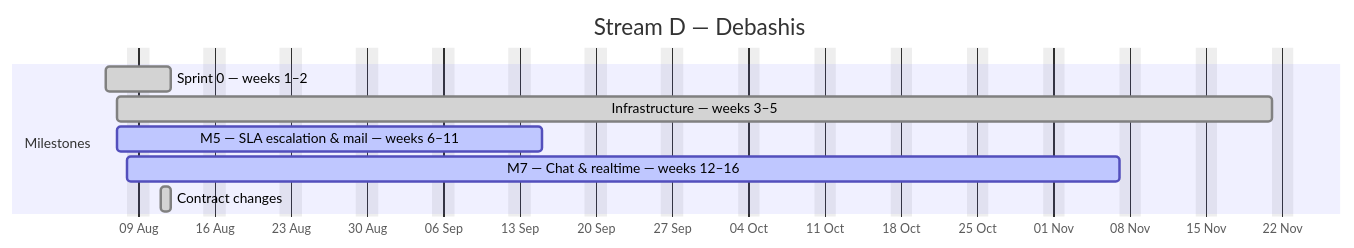
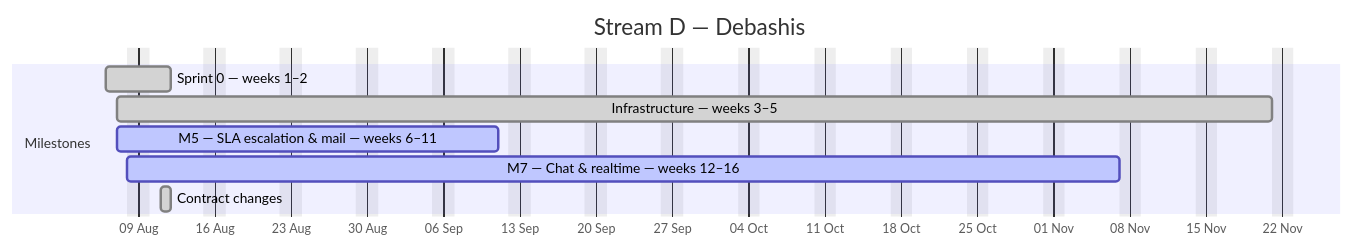
One commit to debashisedunext/EduTrack changed the fourth of 4 diagrams in docs/plan/GANTT.md. Above: the diagram before and after it, drawn with Mermaid. The commit also changed other lines of this file and 3 other files, not shown here.

````diff
--- a/docs/plan/GANTT.md
+++ b/docs/plan/GANTT.md
@@ -172,13 +172,13 @@
 ```mermaid
 gantt
     dateFormat YYYY-MM-DD
     axisFormat %d %b
     title Stream D — Debashis
     excludes weekends
     section Milestones
     Sprint 0 — weeks 1–2 :done, d0, 2026-08-06, 4d
     Infrastructure — weeks 3–5 :done, d1, 2026-08-07, 76d
-    M5 — SLA  escalation & mail — weeks 6–11 :active, d2, 2026-08-07, 27d
+    M5 — SLA  escalation & mail — weeks 6–11 :active, d2, 2026-08-07, 25d
     M7 — Chat & realtime — weeks 12–16 :active, d3, 2026-08-08, 66d
     Contract changes :done, d4, 2026-08-11, 1d
 ```
````
